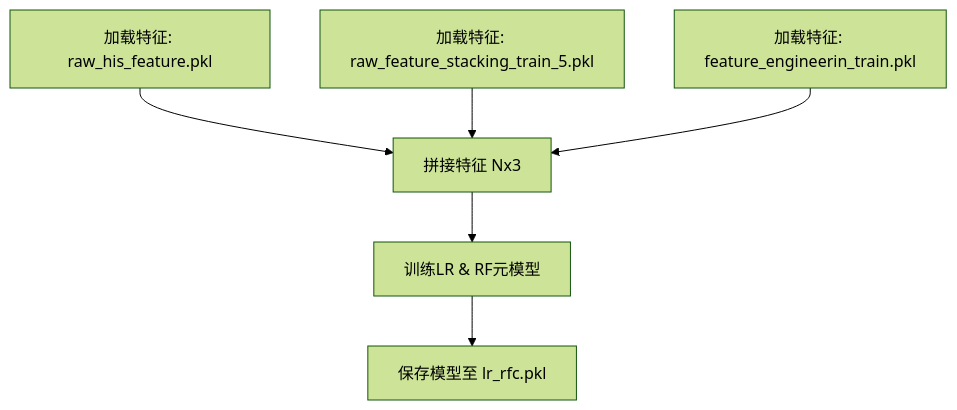
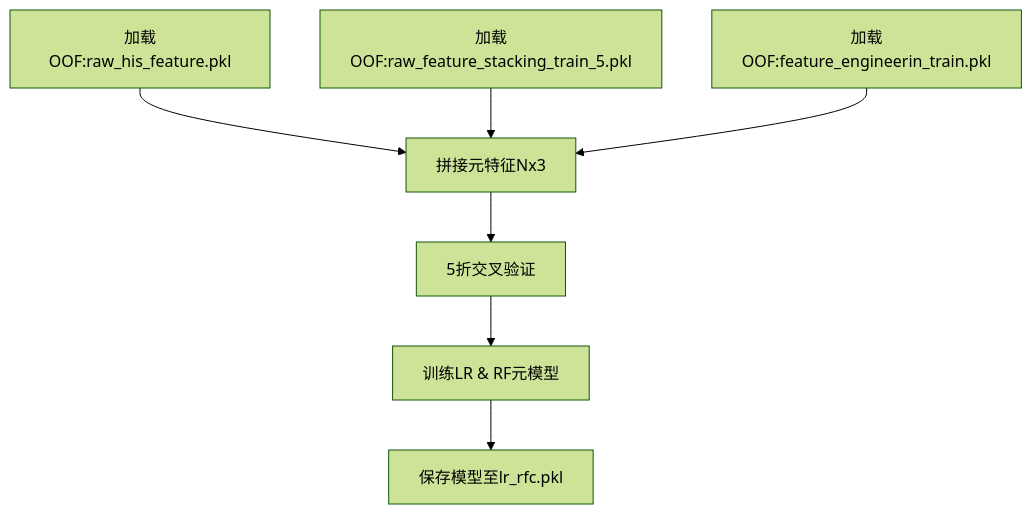
Before and after one commit to zsh003/maltack: the third of 12 diagrams in machine_learning/ensemble_learning/docs/基于Stacking和加权融合的多层集成学习方案.md, drawn with Mermaid (forest theme). The commit also changed other lines of this file and 2 other files, not shown here.

````diff
--- a/machine_learning/ensemble_learning/docs/基于Stacking和加权融合的多层集成学习方案.md
+++ b/machine_learning/ensemble_learning/docs/基于Stacking和加权融合的多层集成学习方案.md
@@ -59,8 +57,9 @@
 ```mermaid
 flowchart TD
-  feature1[加载特征: raw_his_feature.pkl] --> concat[拼接特征 Nx3]
-  feature2[加载特征: raw_feature_stacking_train_5.pkl] --> concat
-  feature3[加载特征: feature_engineerin_train.pkl] --> concat
-  concat --> TrainMeta[训练LR & RF元模型]
-  TrainMeta --> SaveModel[保存模型至 lr_rfc.pkl]
+  oof1[加载OOF:raw_his_feature.pkl] --> concat[拼接元特征Nx3]
+  oof2[加载OOF:raw_feature_stacking_train_5.pkl] --> concat
+  oof3[加载OOF:feature_engineerin_train.pkl] --> concat
+  concat --> cv5[5折交叉验证]
+  cv5 --> TrainMeta[训练LR & RF元模型]
+  TrainMeta --> SaveModel[保存模型至lr_rfc.pkl]
 ```
````
